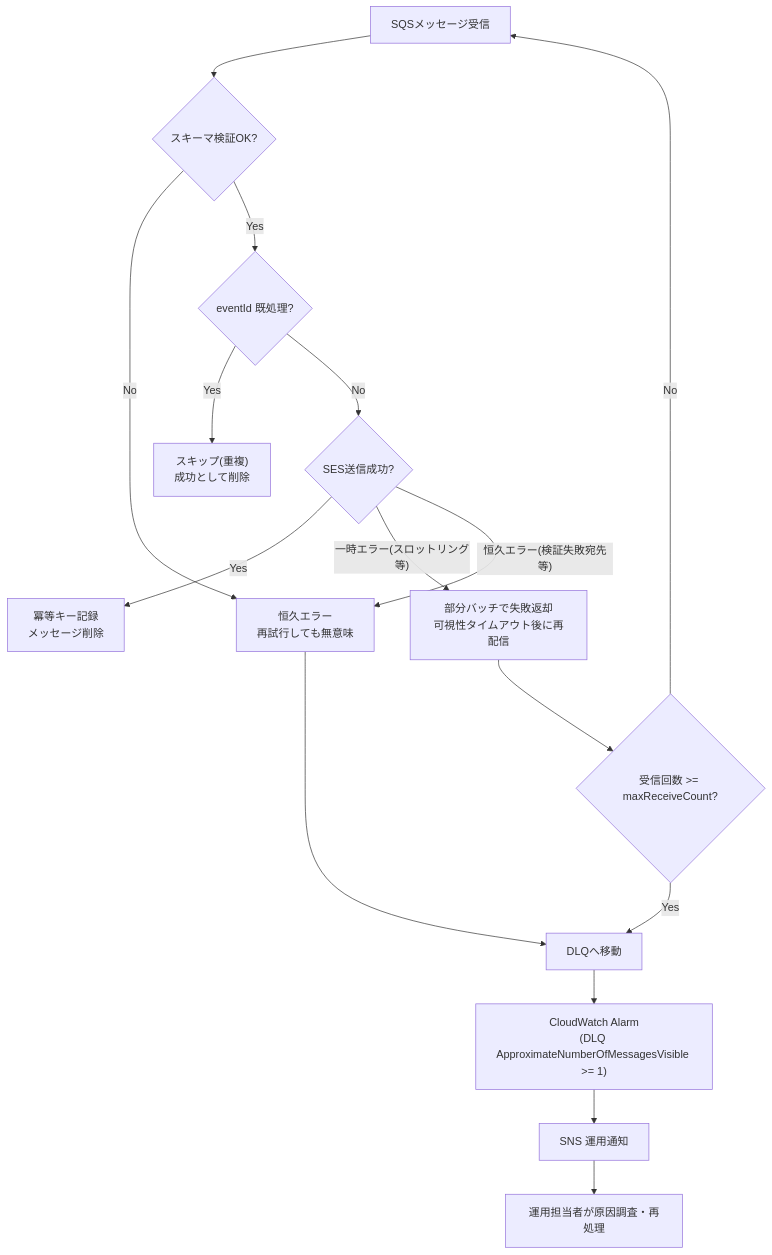
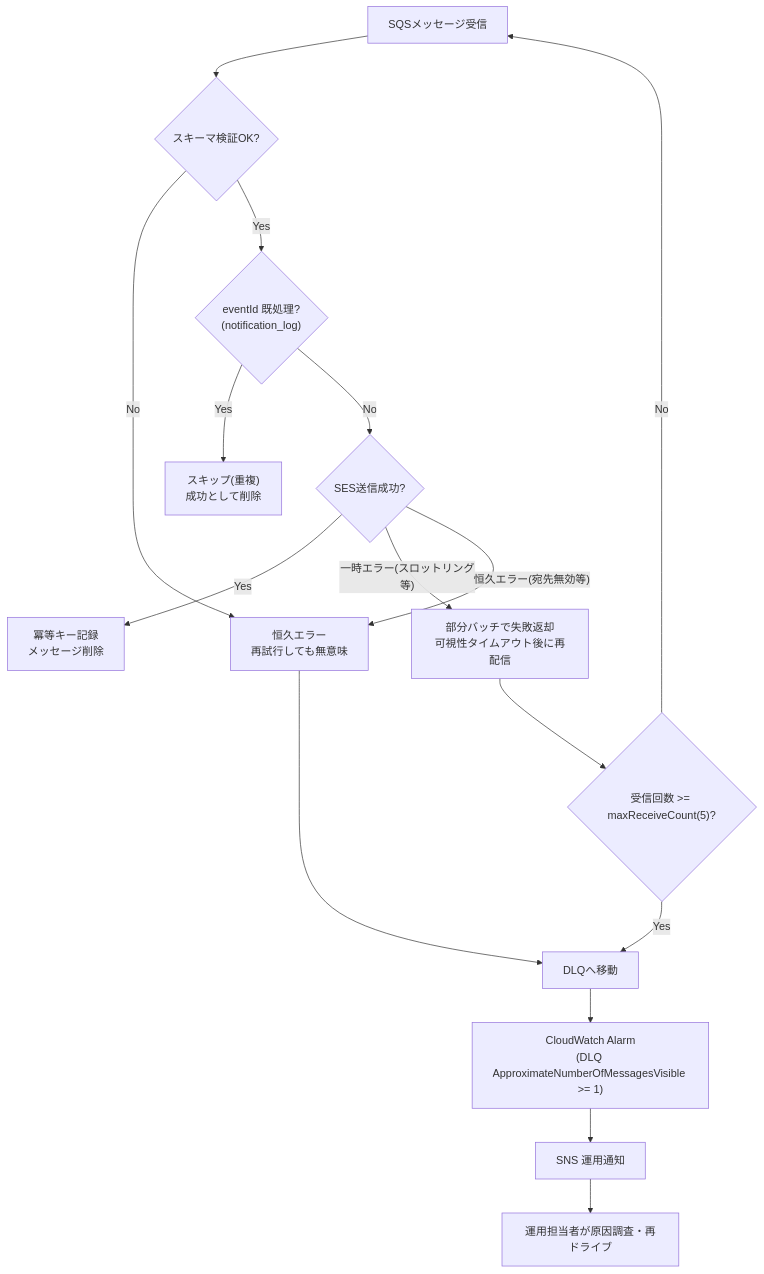
Before and after one commit to wataru-naba/ozaki-rsv-nextjs: the fourth of 7 diagrams in docs/aws-production-architecture.md, drawn with Mermaid. The commit also changed other lines of this file, not shown here.

````diff
--- a/docs/aws-production-architecture.md
+++ b/docs/aws-production-architecture.md
@@ -442,18 +570,18 @@
 ```mermaid
 flowchart TD
     Start["SQSメッセージ受信"] --> Schema{"スキーマ検証OK?"}
     Schema -- No --> Perm["恒久エラー<br/>再試行しても無意味"]
-    Schema -- Yes --> Idem{"eventId 既処理?"}
+    Schema -- Yes --> Idem{"eventId 既処理?<br/>(notification_log)"}
     Idem -- Yes --> Skip["スキップ(重複)<br/>成功として削除"]
     Idem -- No --> Send{"SES送信成功?"}
     Send -- Yes --> Done["冪等キー記録<br/>メッセージ削除"]
     Send -- "一時エラー(スロットリング等)" --> Retry["部分バッチで失敗返却<br/>可視性タイムアウト後に再配信"]
-    Send -- "恒久エラー(検証失敗宛先等)" --> Perm
-    Retry --> Count{"受信回数 >= maxReceiveCount?"}
+    Send -- "恒久エラー(宛先無効等)" --> Perm
+    Retry --> Count{"受信回数 >= maxReceiveCount(5)?"}
     Count -- No --> Start
     Count -- Yes --> DLQ["DLQへ移動"]
     Perm --> DLQ
     DLQ --> Alarm["CloudWatch Alarm<br/>(DLQ ApproximateNumberOfMessagesVisible >= 1)"]
     Alarm --> SNS["SNS 運用通知"]
-    SNS --> Ops["運用担当者が原因調査・再処理"]
+    SNS --> Ops["運用担当者が原因調査・再ドライブ"]
 ```
````
